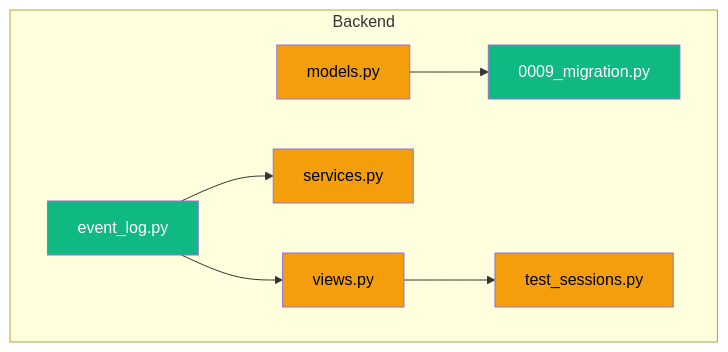
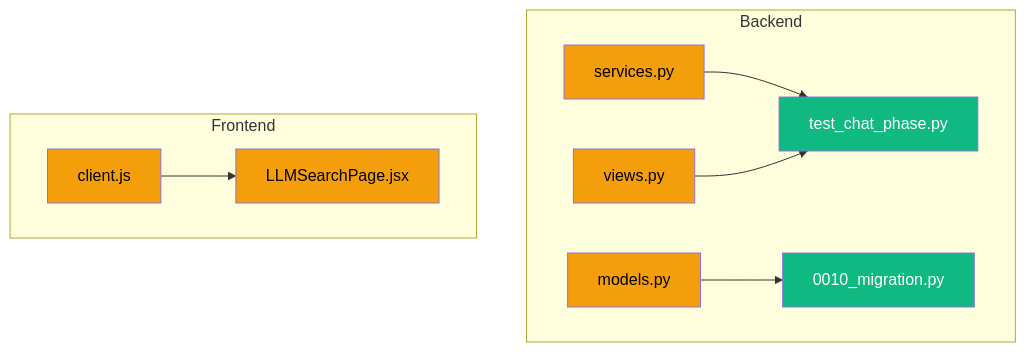
Before and after one commit to hongikarchi/archi-tinder: the fourth of 4 diagrams in .claude/Report.md, drawn with Mermaid. The commit also changed other lines of this file and 2 other files, not shown here.

````diff
--- a/.claude/Report.md
+++ b/.claude/Report.md
@@ -186,18 +189,21 @@
 ```mermaid
 graph TD
     subgraph Backend
-        event_log.py:::new
+        services.py:::modified
+        views.py:::modified
         models.py:::modified
-        views.py:::modified
-        services.py:::modified
-        test_sessions.py:::modified
-        0009_migration.py:::new
+        test_chat_phase.py:::new
+        0010_migration.py:::new
     end
-    event_log.py --> views.py
-    event_log.py --> services.py
-    models.py --> 0009_migration.py
-    views.py --> test_sessions.py
+    subgraph Frontend
+        client.js:::modified
+        LLMSearchPage.jsx:::modified
+    end
+    services.py --> test_chat_phase.py
+    views.py --> test_chat_phase.py
+    models.py --> 0010_migration.py
+    client.js --> LLMSearchPage.jsx
 
     classDef new fill:#10b981,color:#fff
     classDef modified fill:#f59e0b,color:#000
 ```
````
